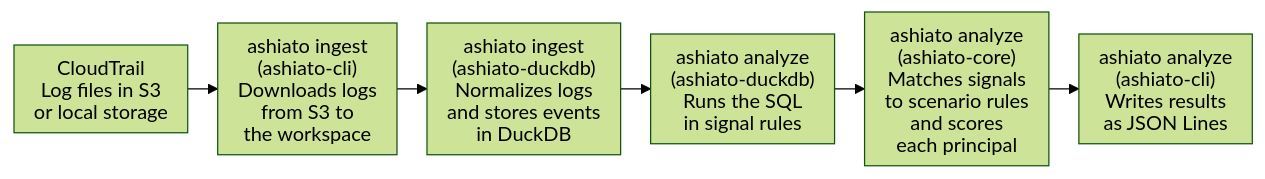
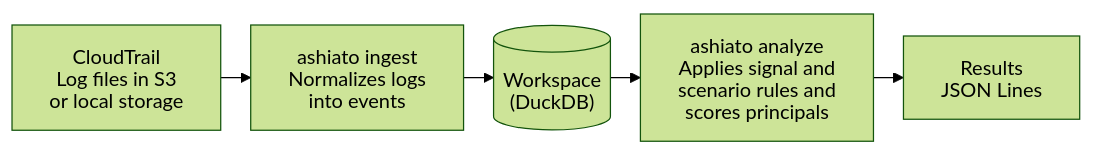
Before and after one commit to donkomura/ashiato: the diagram in README.md, drawn with Mermaid (forest theme). The commit also changed other lines of this file, not shown here.

Commit message:
docs: README の処理の流れの図で ingest と analyze の間にワークスペースの DuckDB を置いて 2 つのコマンドに分かれていることを示し、ashiato run への言及をなくして大規模なデータの処理は別の資料を案内する

````diff
--- a/README.md
+++ b/README.md
@@ -57,12 +57,11 @@
 ```mermaid
-%%{init: {"htmlLabels": false, "flowchart": {"htmlLabels": false, "rankSpacing": 24, "padding": 8}}}%%
+%%{init: {"htmlLabels": false, "flowchart": {"htmlLabels": false, "rankSpacing": 24}}}%%
 flowchart LR
     cloudtrail["CloudTrail<br/>Log files in S3<br/>or local storage"]
-    download["ashiato ingest<br/>(ashiato-cli)<br/>Downloads logs<br/>from S3 to<br/>the workspace"]
-    store["ashiato ingest<br/>(ashiato-duckdb)<br/>Normalizes logs<br/>and stores events<br/>in DuckDB"]
-    signals["ashiato analyze<br/>(ashiato-duckdb)<br/>Runs the SQL<br/>in signal rules"]
-    core["ashiato analyze<br/>(ashiato-core)<br/>Matches signals<br/>to scenario rules<br/>and scores<br/>each principal"]
-    output["ashiato analyze<br/>(ashiato-cli)<br/>Writes results<br/>as JSON Lines"]
+    ingest["ashiato ingest<br/>Normalizes logs<br/>into events"]
+    workspace[("Workspace<br/>(DuckDB)")]
+    analyze["ashiato analyze<br/>Applies signal and<br/>scenario rules and<br/>scores principals"]
+    output["Results<br/>JSON Lines"]
 
-    cloudtrail --> download --> store --> signals --> core --> output
+    cloudtrail --> ingest --> workspace --> analyze --> output
 ```
````
